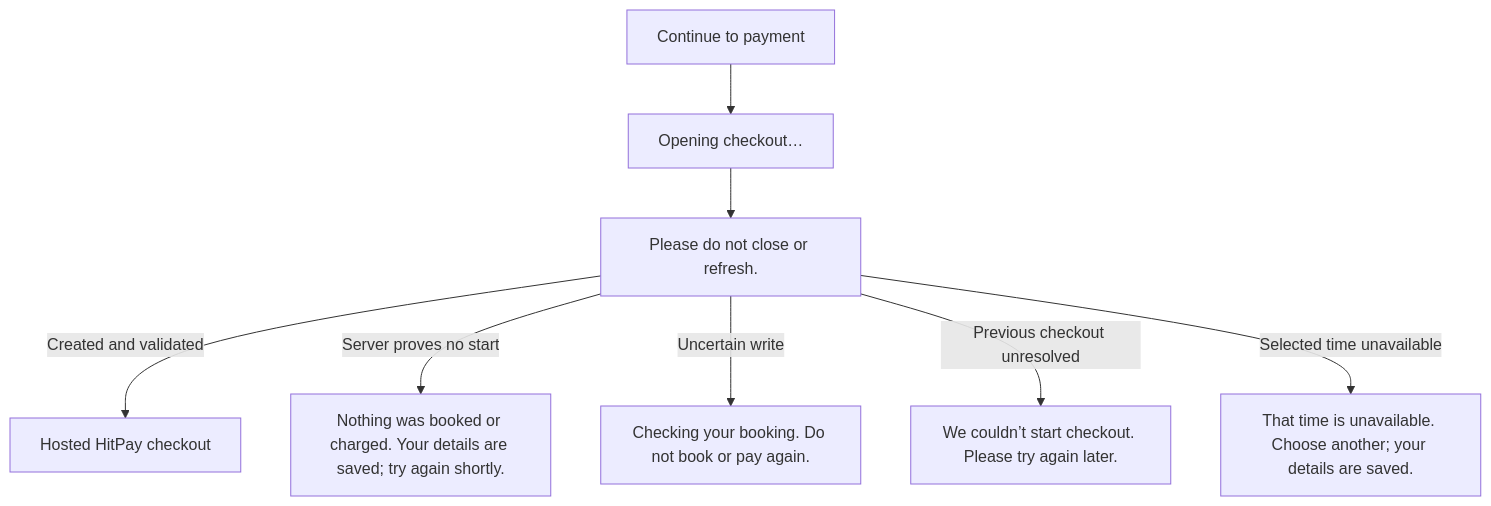
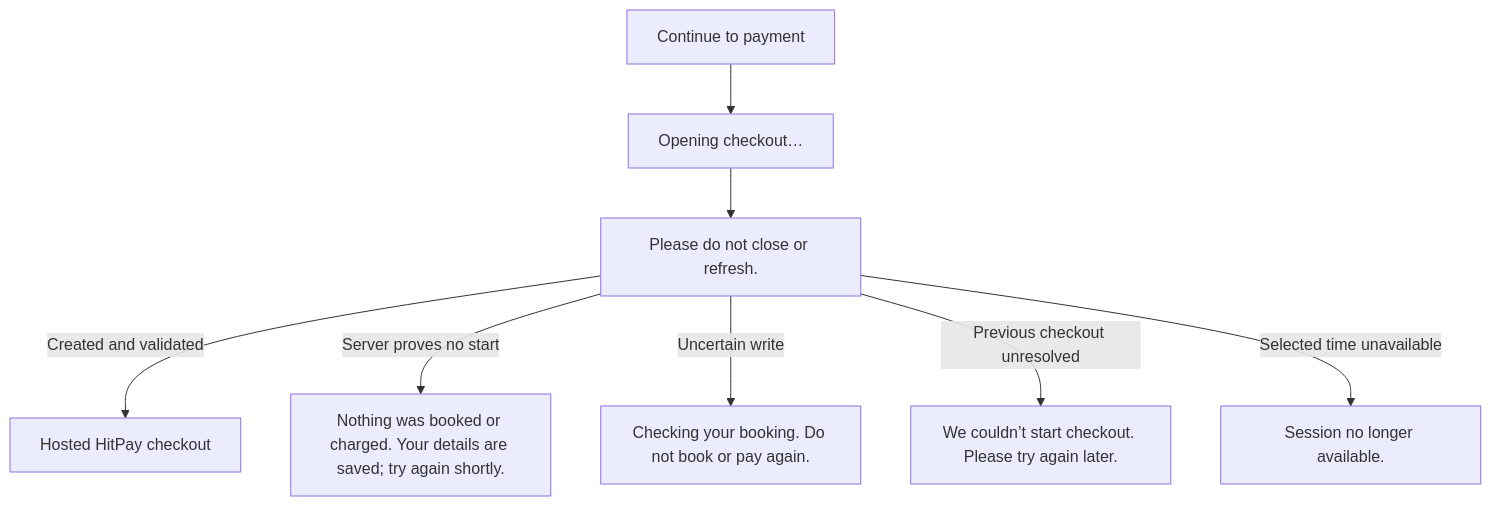
Before and after one commit to soccerbotstudiosg/soccerbotstudioSG: the sixth of 19 diagrams in docs/booking-flows.md, drawn with Mermaid. The commit also changed other lines of this file and 6 other files, not shown here.

````diff
--- a/docs/booking-flows.md
+++ b/docs/booking-flows.md
@@ -79,10 +79,10 @@
 ```mermaid
 flowchart TD
   A["Continue to payment"] --> B["Opening checkout…"]
   B --> C["Please do not close or refresh."]
   C -->|Created and validated| D["Hosted HitPay checkout"]
   C -->|Server proves no start| E["Nothing was booked or charged. Your details are saved; try again shortly."]
   C -->|Uncertain write| F["Checking your booking. Do not book or pay again."]
   C -->|Previous checkout unresolved| G["We couldn’t start checkout. Please try again later."]
-  C -->|Selected time unavailable| H["That time is unavailable. Choose another; your details are saved."]
+  C -->|Selected time unavailable| H["Session no longer available."]
 ```
````
